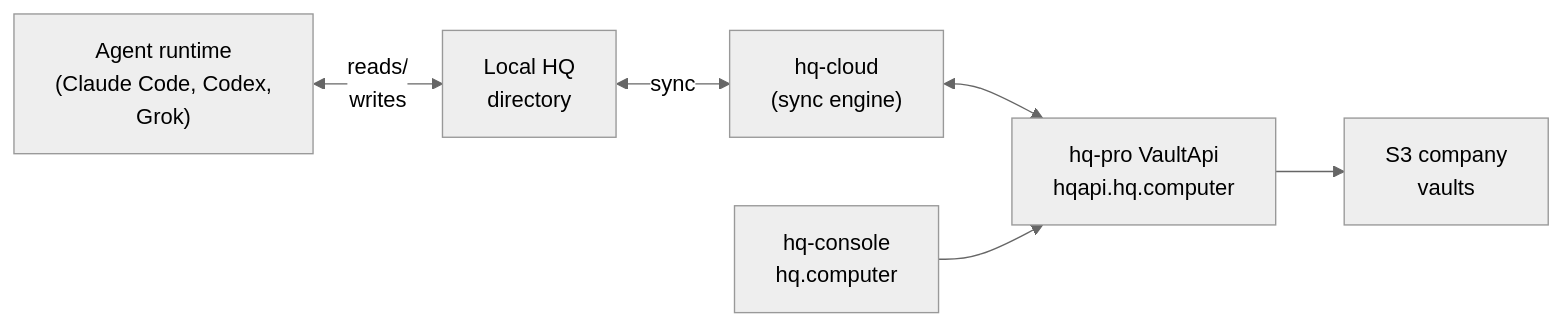
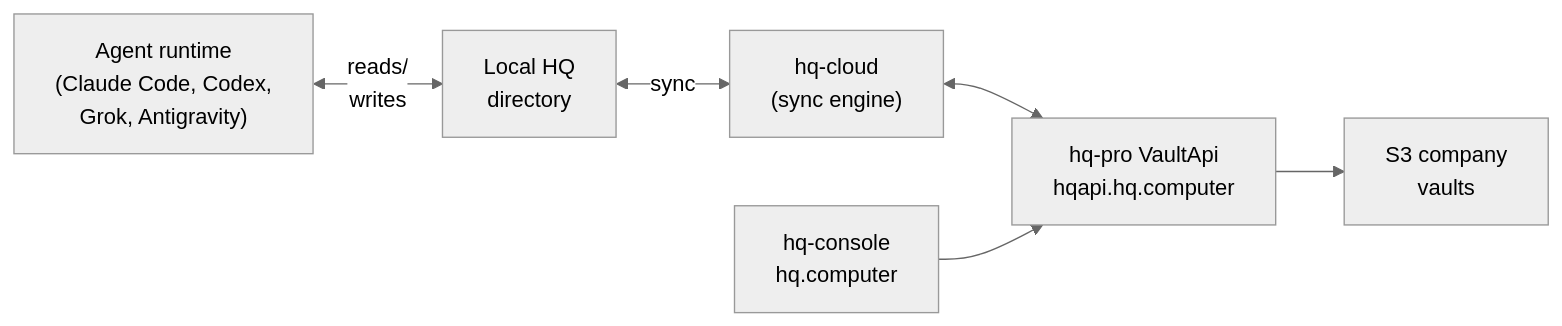
The second of 5 diagrams in src/content/docs/hq/architecture/1-overview.mdx (indigoai-us/indigo-docs), drawn with Mermaid (neutral theme) before and after one commit. The commit also changed other lines of this file and 8 other files, not shown here.

````diff
--- a/src/content/docs/hq/architecture/1-overview.mdx
+++ b/src/content/docs/hq/architecture/1-overview.mdx
@@ -36,8 +36,8 @@
 ```mermaid
 graph LR
-    agent["Agent runtime<br/>(Claude Code, Codex,<br/>Grok)"] <-->|"reads/<br/>writes"| local["Local HQ<br/>directory"]
+    agent["Agent runtime<br/>(Claude Code, Codex,<br/>Grok, Antigravity)"] <-->|"reads/<br/>writes"| local["Local HQ<br/>directory"]
     local <-->|sync| cloud["hq-cloud<br/>(sync engine)"]
     cloud <--> api["hq-pro VaultApi<br/>hqapi.hq.computer"]
     api --> s3["S3 company<br/>vaults"]
     console["hq-console<br/>hq.computer"] --> api
 ```
````
